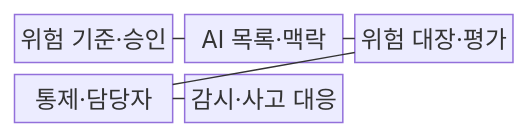
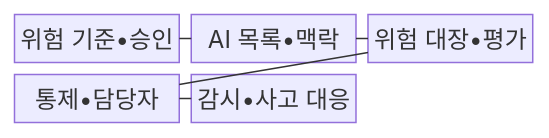
One commit to agnusdei1207/knowledge-base changed the first of 2 diagrams in src/content/docs/notes/08-latest-tech/102_ai_risk_management.md. Above: the diagram before and after it, drawn with Mermaid. The commit also changed other lines of this file and 953 other files, not shown here.

````diff
--- a/src/content/docs/notes/08-latest-tech/102_ai_risk_management.md
+++ b/src/content/docs/notes/08-latest-tech/102_ai_risk_management.md
@@ -68,13 +68,13 @@
 ```mermaid
 block-beta
   columns 3
-  A["위험 기준·승인"]
-  B["AI 목록·맥락"]
-  C["위험 대장·평가"]
-  D["통제·담당자"]
-  E["감시·사고 대응"]
+  A["위험 기준•승인"]
+  B["AI 목록•맥락"]
+  C["위험 대장•평가"]
+  D["통제•담당자"]
+  E["감시•사고 대응"]
   A --- B
   B --- C
   C --- D
   D --- E
 ```
````
